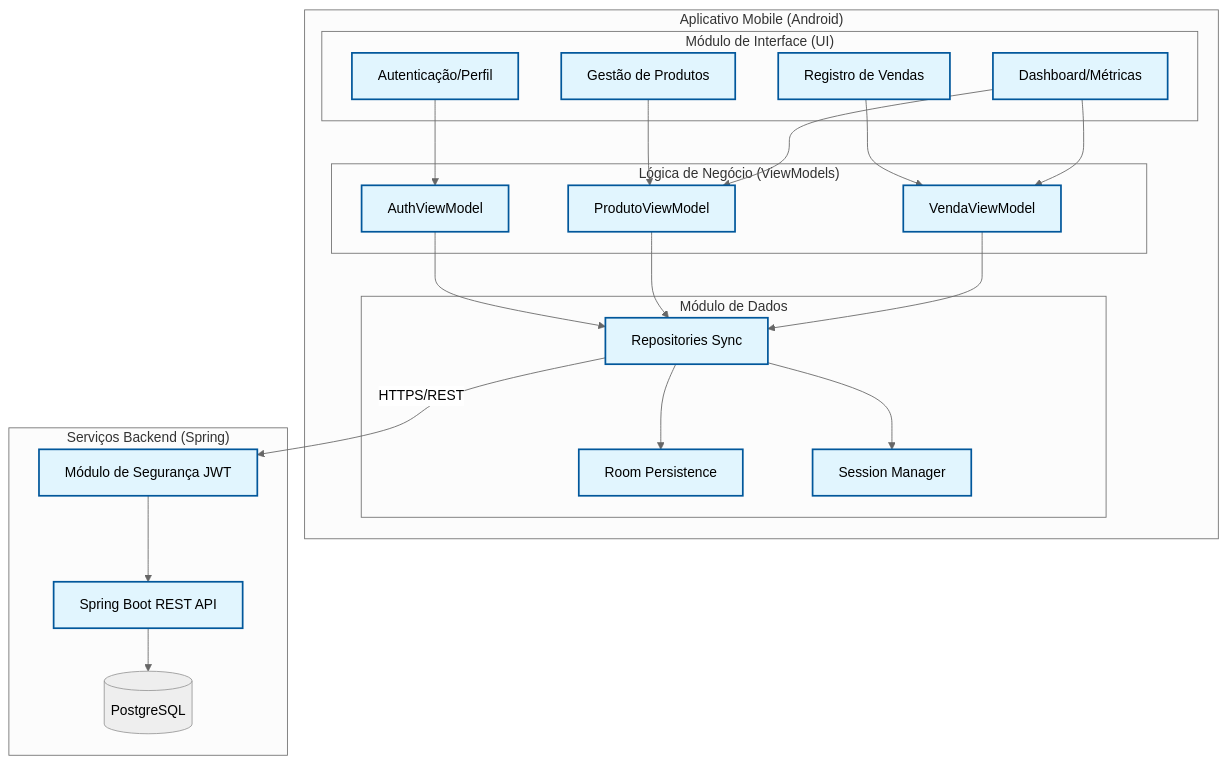
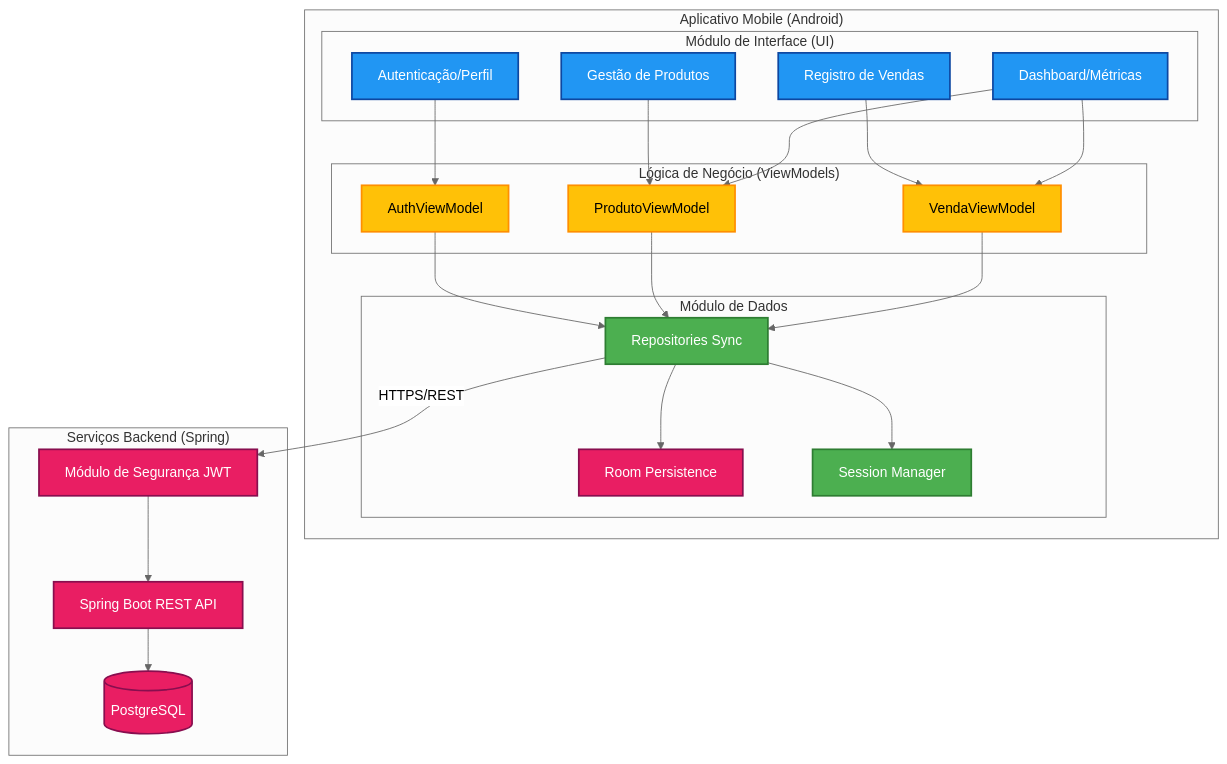
The second of 10 diagrams in docs/mermaid_diagrams.md (Guilherme-xDEV/projeto-pdm-app-artesao), drawn with Mermaid (neutral theme) before and after one commit. The commit also changed other lines of this file and 1 other file, not shown here.

Commit message:
refactor: diagrams refactor

````diff
--- a/docs/mermaid_diagrams.md
+++ b/docs/mermaid_diagrams.md
@@ -55,50 +55,57 @@
 ```mermaid
 graph TB
     subgraph Mobile_App ["Aplicativo Mobile (Android)"]
         subgraph UI_Module ["Módulo de Interface (UI)"]
             AuthUI[Autenticação/Perfil]
             ProdUI[Gestão de Produtos]
             SalesUI[Registro de Vendas]
             DashUI[Dashboard/Métricas]
         end
 
         subgraph Core_Logic ["Lógica de Negócio (ViewModels)"]
             AuthVM[AuthViewModel]
             ProdVM[ProdutoViewModel]
             SalesVM[VendaViewModel]
         end
 
         subgraph Data_Module ["Módulo de Dados"]
             Repo[Repositories Sync]
             Room[Room Persistence]
             Session[Session Manager]
         end
 
         AuthUI --> AuthVM
         ProdUI --> ProdVM
         SalesUI --> SalesVM
         DashUI --> ProdVM
         DashUI --> SalesVM
 
         AuthVM --> Repo
         ProdVM --> Repo
         SalesVM --> Repo
         
         Repo --> Room
         Repo --> Session
     end
 
     subgraph Backend_Services ["Serviços Backend (Spring)"]
         API[Spring Boot REST API]
         Security[Módulo de Segurança JWT]
         DB[(PostgreSQL)]
         
         Repo -- "HTTPS/REST" --> Security
         Security --> API
         API --> DB
     end
 
     %% Interfaces/Services
-    classDef component fill:#e1f5fe,stroke:#01579b,stroke-width:2px;
-    class AuthUI,ProdUI,SalesUI,DashUI,AuthVM,ProdVM,SalesVM,Repo,Room,Session,API,Security component;
+    classDef presentation fill:#2196f3,stroke:#0d47a1,stroke-width:2px,color:#fff;
+    classDef logic fill:#ffc107,stroke:#ff8f00,stroke-width:2px,color:#000;
+    classDef data fill:#4caf50,stroke:#2e7d32,stroke-width:2px,color:#fff;
+    classDef infrastructure fill:#e91e63,stroke:#880e4f,stroke-width:2px,color:#fff;
+
+    class AuthUI,ProdUI,SalesUI,DashUI presentation;
+    class AuthVM,ProdVM,SalesVM logic;
+    class Repo,Session data;
+    class Room,API,Security,DB infrastructure;
 ```
````
